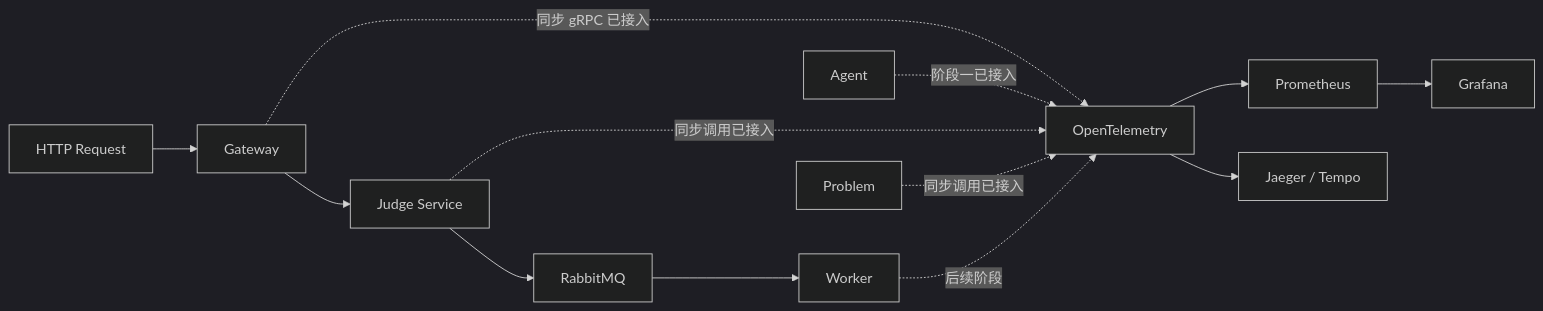
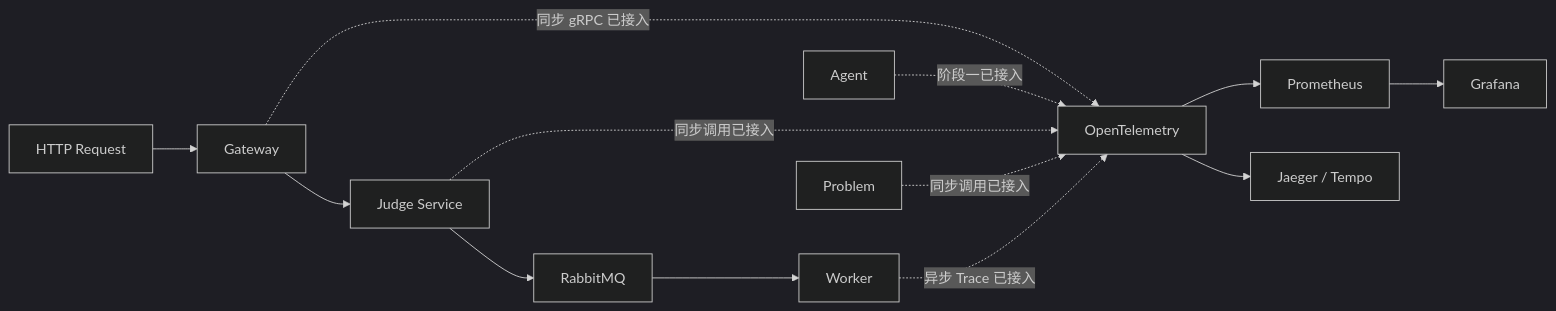
Before and after one commit to viggggil/go_oj_agent: the fifth of 6 diagrams in docs/architecture.md, drawn with Mermaid (dark theme). The commit also changed other lines of this file and 24 other files, not shown here.

Commit message:
feat(observability): propagate judge trace across async flow

````diff
--- a/docs/architecture.md
+++ b/docs/architecture.md
@@ -867,17 +867,17 @@
 ```mermaid
 flowchart LR
     HTTP["HTTP Request"] --> Gateway["Gateway"]
     Gateway --> Judge["Judge Service"]
     Judge --> MQ["RabbitMQ"]
     MQ --> Worker["Worker"]
 
     Gateway -. "同步 gRPC 已接入" .-> OTel["OpenTelemetry"]
     Agent -. "阶段一已接入" .-> OTel
     Judge -. "同步调用已接入" .-> OTel
     Problem -. "同步调用已接入" .-> OTel
-    Worker -. "后续阶段" .-> OTel
+    Worker -. "异步 Trace 已接入" .-> OTel
 
     OTel --> Metrics["Prometheus"]
     OTel --> Traces["Jaeger / Tempo"]
     Metrics --> Grafana["Grafana"]
 ```
````
